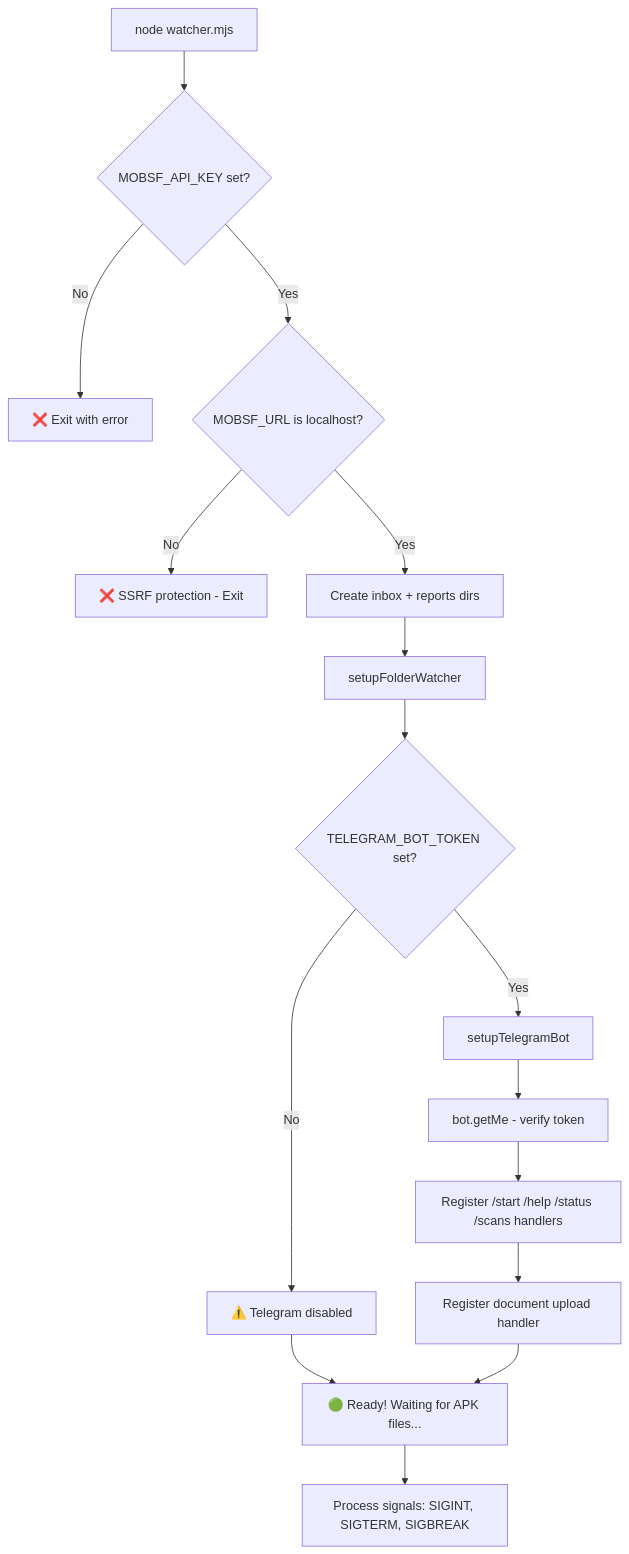
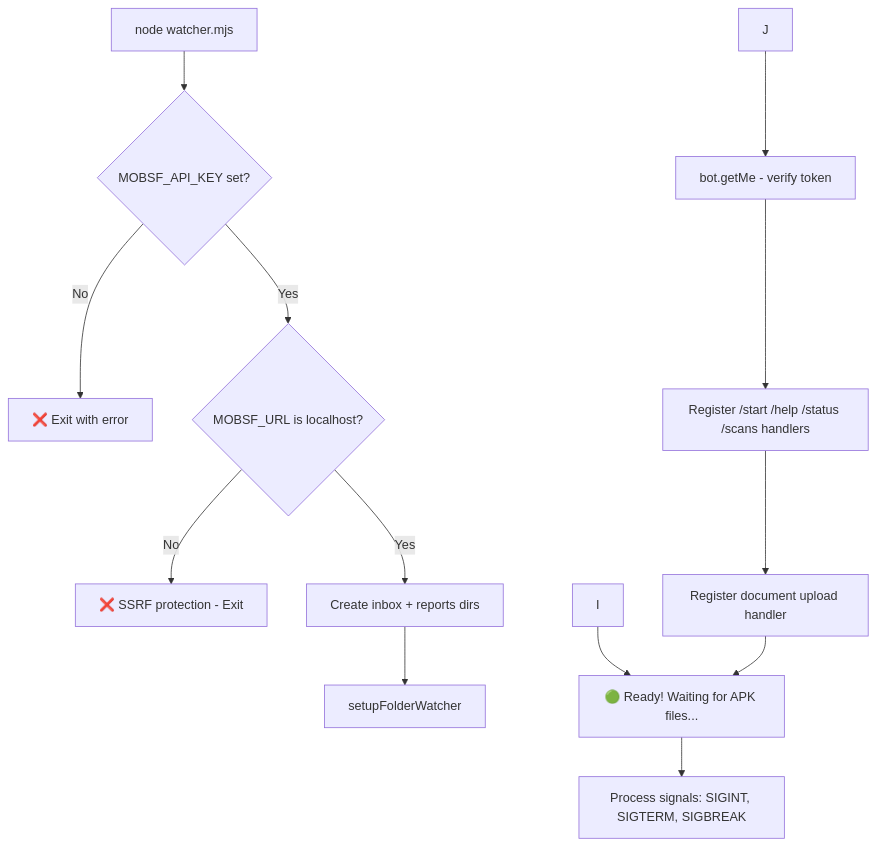
Before and after one commit to chaitanyacyb3r/WORMHOLE-SHINODROID: the fifth of 7 diagrams in ARCHITECTURE.md, drawn with Mermaid. The commit also changed other lines of this file and 36 other files, not shown here.

Commit message:
chore: remove Telegram bot, OpenClaw refs, add ReportSanitizer, fix PDF template

````diff
--- a/ARCHITECTURE.md
+++ b/ARCHITECTURE.md
@@ -323,18 +284,15 @@
 ```mermaid
 flowchart TD
     A[node watcher.mjs] --> B{MOBSF_API_KEY set?}
     B -->|No| C[❌ Exit with error]
     B -->|Yes| D{MOBSF_URL is localhost?}
     D -->|No| E[❌ SSRF protection - Exit]
     D -->|Yes| F[Create inbox + reports dirs]
     F --> G[setupFolderWatcher]
-    G --> H{TELEGRAM_BOT_TOKEN set?}
-    H -->|No| I[⚠️ Telegram disabled]
-    H -->|Yes| J[setupTelegramBot]
     J --> K[bot.getMe - verify token]
     K --> L[Register /start /help /status /scans handlers]
     L --> M[Register document upload handler]
     I --> N[🟢 Ready! Waiting for APK files...]
     M --> N
     N --> O[Process signals: SIGINT, SIGTERM, SIGBREAK]
 ```
````
